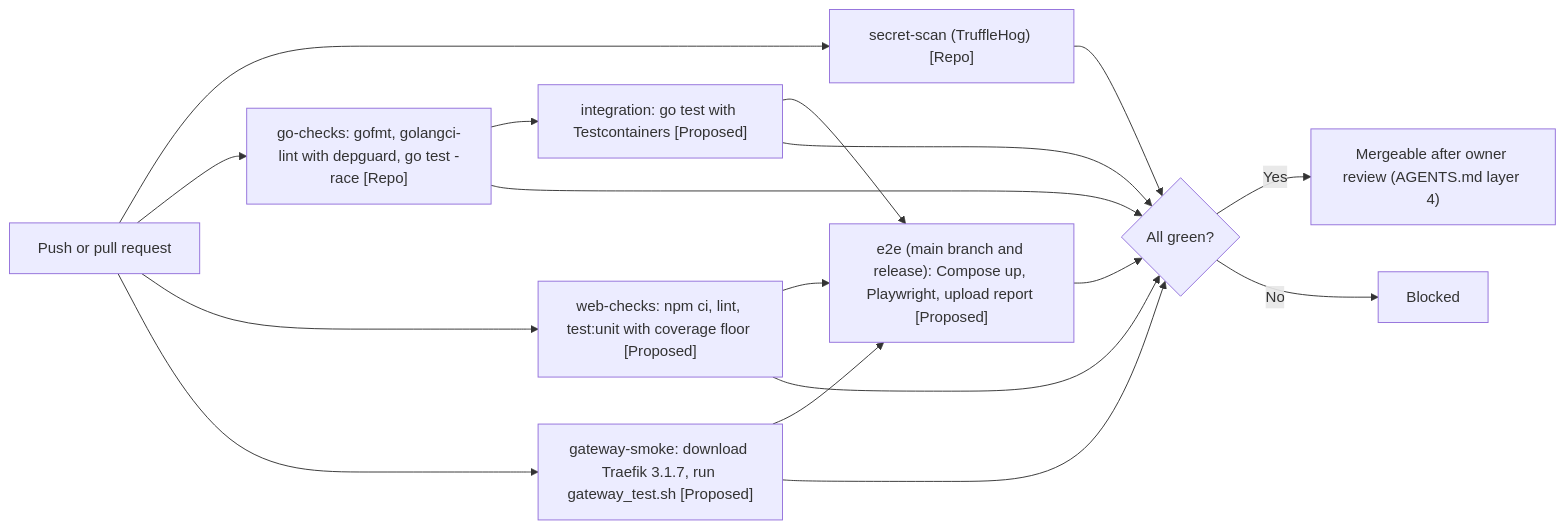
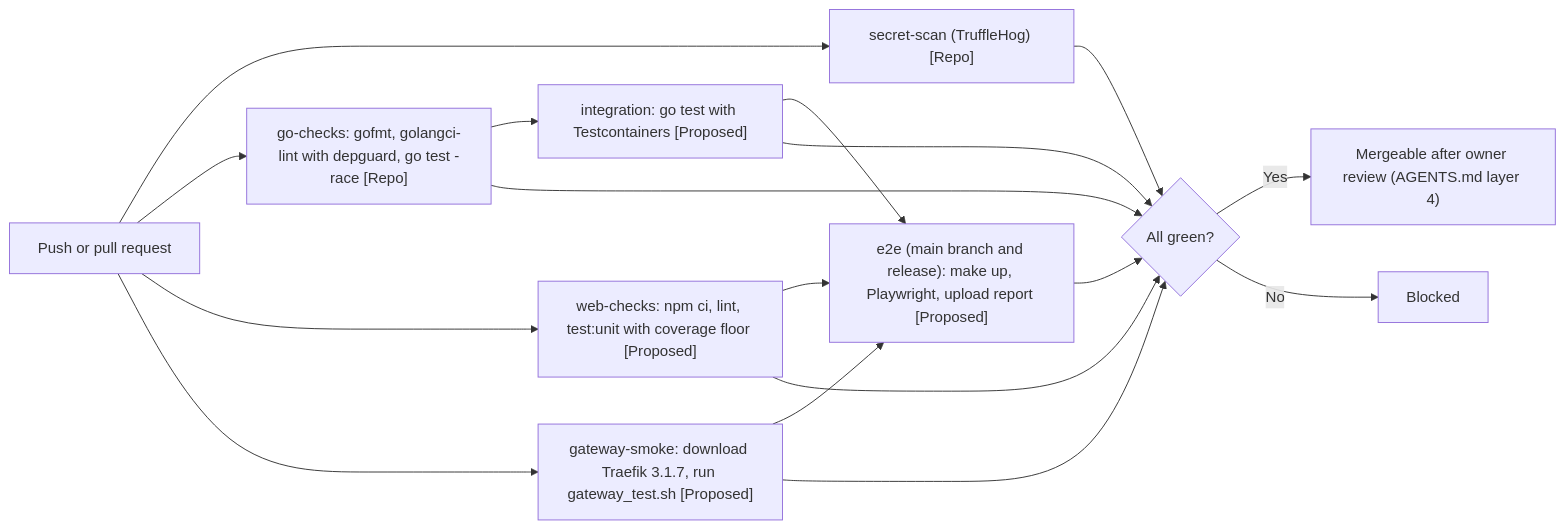
The sixth of 8 diagrams in docs/drafts/member-07-dispatcher-admin-web-gateway/doc-06-testing-strategy-and-acceptance.md (phantomTroupeEAD/SwiftDrop), drawn with Mermaid before and after one commit. The commit also changed other lines of this file and 125 other files, not shown here.

````diff
--- a/docs/drafts/member-07-dispatcher-admin-web-gateway/doc-06-testing-strategy-and-acceptance.md
+++ b/docs/drafts/member-07-dispatcher-admin-web-gateway/doc-06-testing-strategy-and-acceptance.md
@@ -458,19 +467,19 @@
 ```mermaid
 flowchart LR
     P["Push or pull request"] --> S["secret-scan (TruffleHog) [Repo]"]
     P --> GO["go-checks: gofmt, golangci-lint with depguard, go test -race [Repo]"]
     P --> WEB["web-checks: npm ci, lint, test:unit with coverage floor [Proposed]"]
     P --> GWJ["gateway-smoke: download Traefik 3.1.7, run gateway_test.sh [Proposed]"]
     GO --> IT["integration: go test with Testcontainers [Proposed]"]
-    WEB --> E2E["e2e (main branch and release): Compose up, Playwright, upload report [Proposed]"]
+    WEB --> E2E["e2e (main branch and release): make up, Playwright, upload report [Proposed]"]
     IT --> E2E
     GWJ --> E2E
     S --> M{"All green?"}
     GO --> M
     WEB --> M
     GWJ --> M
     IT --> M
     E2E --> M
     M -- "Yes" --> OK["Mergeable after owner review (AGENTS.md layer 4)"]
     M -- "No" --> NO["Blocked"]
 ```
````
